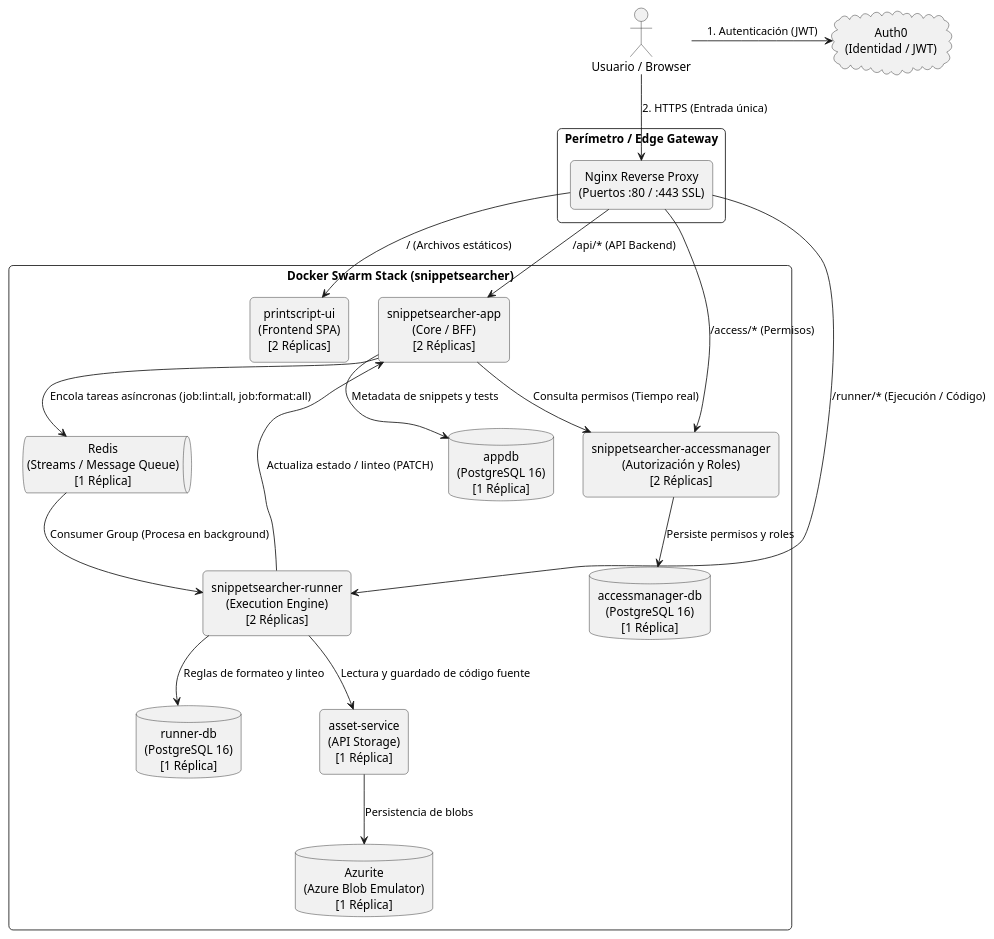
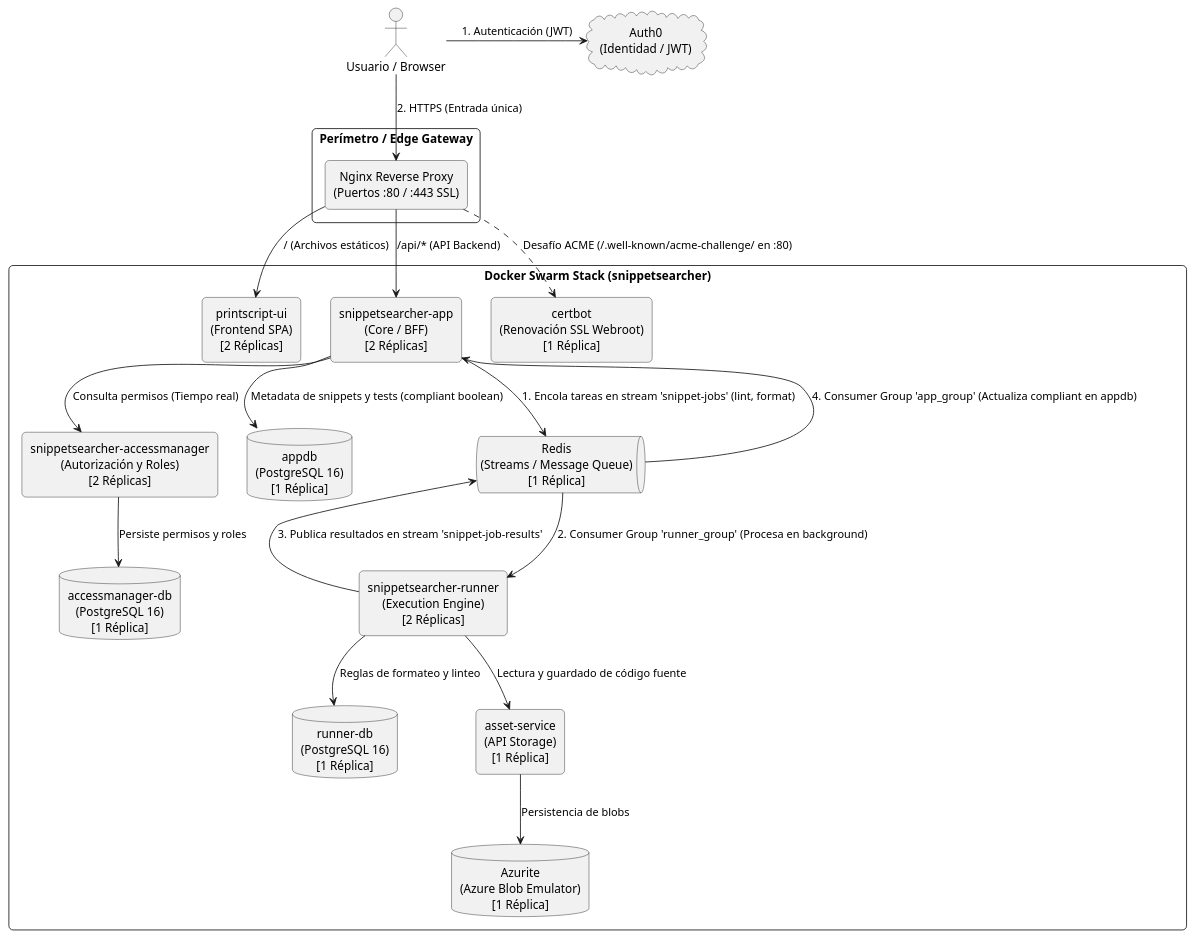
Before and after one commit to Grupo-14-INGSIS/SnippetSearcher-Infrastructure: the diagram in Documentación/diagramas/arquitectura_con_nginx.puml, drawn with PlantUML. The commit also changed 8 other files, not shown here.

Commit message:
docs: diagrama de arquitectura simple y diagramas detallados regenerados

```diff
--- a/Documentación/diagramas/arquitectura_con_nginx.puml
+++ b/Documentación/diagramas/arquitectura_con_nginx.puml
@@ -1,53 +1,52 @@
 @startuml Arquitectura_Con_Nginx
 skinparam roundcorner 10
 skinparam defaultTextAlignment center
 skinparam shadowing false
 skinparam monochrome true
 skinparam packageStyle rectangle
 
 actor "Usuario / Browser" as client
 cloud "Auth0\n(Identidad / JWT)" as auth0
 
 package "Perímetro / Edge Gateway" {
     rectangle "Nginx Reverse Proxy\n(Puertos :80 / :443 SSL)" as nginx
 }
 
 package "Docker Swarm Stack (snippetsearcher)" {
     rectangle "printscript-ui\n(Frontend SPA)\n[2 Réplicas]" as ui
     rectangle "snippetsearcher-app\n(Core / BFF)\n[2 Réplicas]" as app
     rectangle "snippetsearcher-runner\n(Execution Engine)\n[2 Réplicas]" as runner
     rectangle "snippetsearcher-accessmanager\n(Autorización y Roles)\n[2 Réplicas]" as access
 
     database "appdb\n(PostgreSQL 16)\n[1 Réplica]" as appdb
     database "runner-db\n(PostgreSQL 16)\n[1 Réplica]" as runnerdb
     database "accessmanager-db\n(PostgreSQL 16)\n[1 Réplica]" as accessdb
 
     queue "Redis\n(Streams / Message Queue)\n[1 Réplica]" as redis
     rectangle "asset-service\n(API Storage)\n[1 Réplica]" as asset
     database "Azurite\n(Azure Blob Emulator)\n[1 Réplica]" as azurite
+    rectangle "certbot\n(Renovación SSL Webroot)\n[1 Réplica]" as certbot
 }
 
-' Flujos de cliente externo
 client -right-> auth0 : 1. Autenticación (JWT)
 client --> nginx : 2. HTTPS (Entrada única)
 
-' Enrutamiento de Nginx
 nginx --> ui : / (Archivos estáticos)
 nginx --> app : /api/* (API Backend)
-nginx --> runner : /runner/* (Ejecución / Código)
-nginx --> access : /access/* (Permisos)
+nginx ..> certbot : Desafío ACME (/.well-known/acme-challenge/ en :80)
 
-' Comunicación interna de microservicios
 app --> access : Consulta permisos (Tiempo real)
 access --> accessdb : Persiste permisos y roles
+app --> appdb : Metadata de snippets y tests (compliant boolean)
 
-app --> appdb : Metadata de snippets y tests
-app --> redis : Encola tareas asíncronas (job:lint:all, job:format:all)
+' Mensajería desacoplada con Redis Streams
+app --> redis : 1. Encola tareas en stream 'snippet-jobs' (lint, format)
+redis --> runner : 2. Consumer Group 'runner_group' (Procesa en background)
+runner --> redis : 3. Publica resultados en stream 'snippet-job-results'
+redis --> app : 4. Consumer Group 'app_group' (Actualiza compliant en appdb)
 
-redis --> runner : Consumer Group (Procesa en background)
-runner --> app : Actualiza estado / linteo (PATCH)
 runner --> runnerdb : Reglas de formateo y linteo
 runner --> asset : Lectura y guardado de código fuente
 asset --> azurite : Persistencia de blobs
 
 @enduml
```
